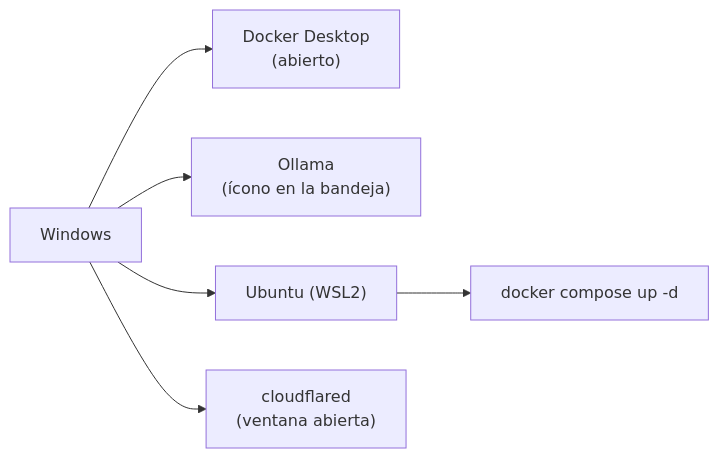
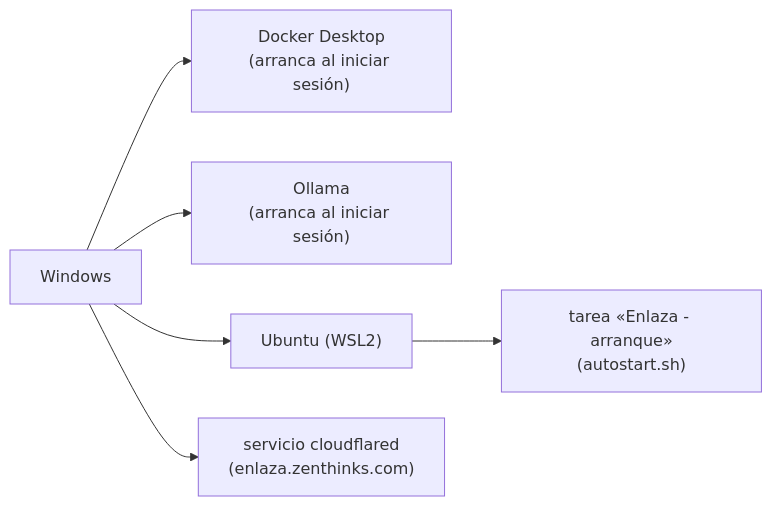
One commit to daviddzd/vela changed the diagram in docs/biblia/parte5/24_preparar_laptop.md. Above: the diagram before and after it, drawn with Mermaid. The commit also changed other lines of this file and 3 other files, not shown here.

Commit message:
Part V: fixed address enlaza.zenthinks.com, how to check the tunnel, quick-tunnel backup, how to shut everything down

````diff
--- a/docs/biblia/parte5/24_preparar_laptop.md
+++ b/docs/biblia/parte5/24_preparar_laptop.md
@@ -45,8 +45,8 @@
 ```mermaid
 flowchart LR
-  W["Windows"] --> D["Docker Desktop<br/>(abierto)"]
-  W --> O["Ollama<br/>(ícono en la bandeja)"]
+  W["Windows"] --> D["Docker Desktop<br/>(arranca al iniciar sesión)"]
+  W --> O["Ollama<br/>(arranca al iniciar sesión)"]
   W --> U["Ubuntu (WSL2)"]
-  U --> C["docker compose up -d"]
-  W --> T["cloudflared<br/>(ventana abierta)"]
+  U --> C["tarea «Enlaza - arranque»<br/>(autostart.sh)"]
+  W --> T["servicio cloudflared<br/>(enlaza.zenthinks.com)"]
 ```
````
